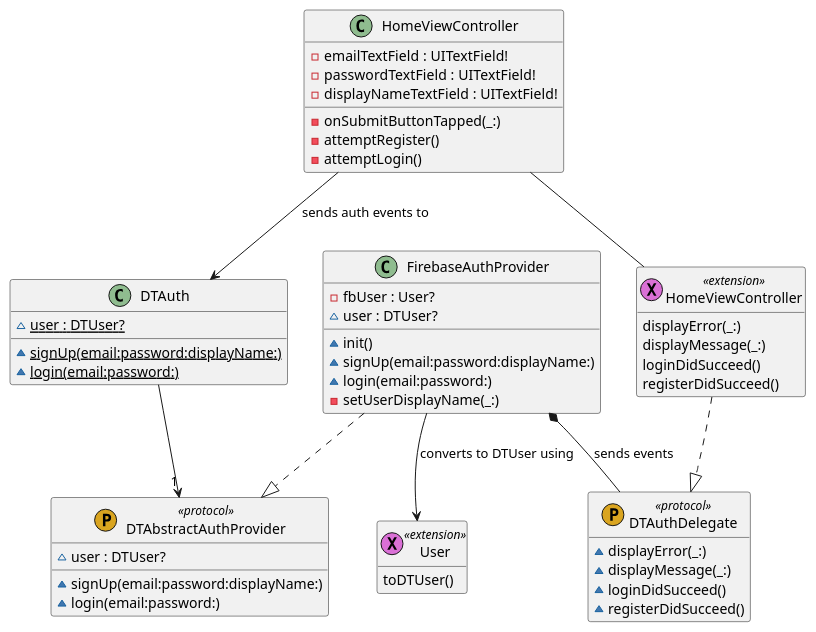
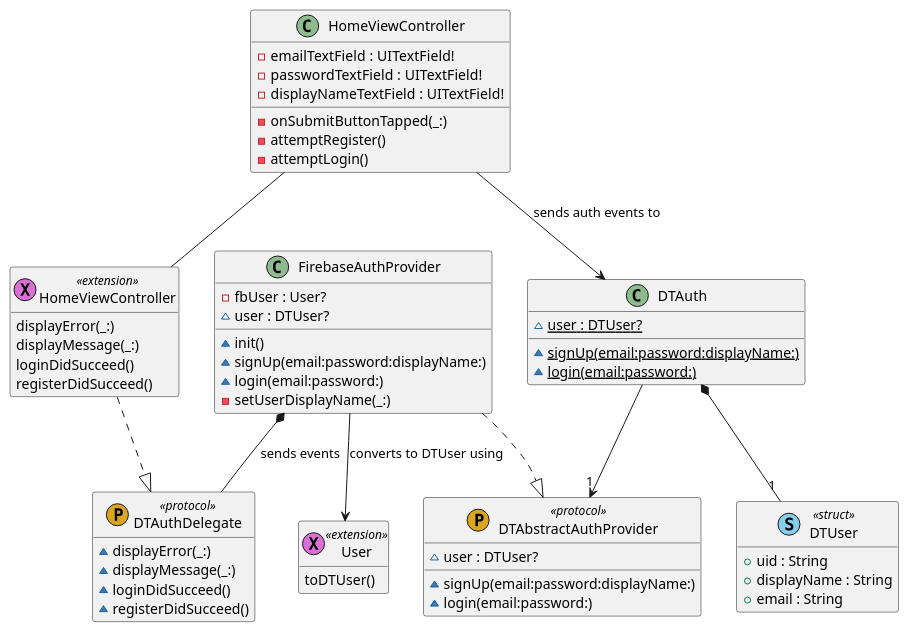
The diagram in diagrams/DTAuth.puml (Doodle2Gather/Doodle2Gather), drawn with PlantUML before and after one commit.

Commit message:
diagrams: Add DTUser struct to DTAuth

```diff
--- a/diagrams/DTAuth.puml
+++ b/diagrams/DTAuth.puml
@@ -1,63 +1,70 @@
 @startuml
 ' STYLE START
 hide empty members
 skinparam shadowing false
 ' STYLE END
 
 class "FirebaseAuthProvider" as FirebaseAuthProvider << (C, DarkSeaGreen) >> { 
   ~init()
   -fbUser : User?
   ~user : DTUser?
   ~signUp(email:password:displayName:)
   ~login(email:password:)
   -setUserDisplayName(_:) 
 }
 
 class "User" as User << (X, Orchid) extension >> { 
   toDTUser() 
+}
+
+class "DTUser" as DTUser << (S, SkyBlue) struct >> { 
+  +uid : String
+  +displayName : String
+  +email : String
 }
 
 class "DTAuthDelegate" as DTAuthDelegate << (P, GoldenRod) protocol >> { 
   ~displayError(_:)
   ~displayMessage(_:)
   ~loginDidSucceed()
   ~registerDidSucceed() 
 }
 
 class "DTAbstractAuthProvider" as DTAbstractAuthProvider << (P, GoldenRod) protocol >> { 
   ~user : DTUser?
   ~signUp(email:password:displayName:)
   ~login(email:password:) 
 }
 
 class "DTAuth" as DTAuth << (C, DarkSeaGreen) >> { 
   ~{static} user : DTUser?
   ~{static} signUp(email:password:displayName:)
   ~{static} login(email:password:) 
 }
 
 class "HomeViewController" as HomeViewController0 << (X, Orchid) extension >> { 
   displayError(_:)
   displayMessage(_:)
   loginDidSucceed()
   registerDidSucceed() 
 }
 
 class "HomeViewController" as HomeViewController << (C, DarkSeaGreen) >> { 
   -emailTextField : UITextField!
   -passwordTextField : UITextField!
   -displayNameTextField : UITextField!
   -onSubmitButtonTapped(_:)
   -attemptRegister()
   -attemptLogin() 
 }
 
 HomeViewController0 ..|> DTAuthDelegate
 HomeViewController --> DTAuth : sends auth events to
 FirebaseAuthProvider *-- DTAuthDelegate : sends events
 FirebaseAuthProvider ..|> DTAbstractAuthProvider
 FirebaseAuthProvider --> User : converts to DTUser using
 DTAuth --> "1" DTAbstractAuthProvider
+DTAuth *-- "1" DTUser
 HomeViewController -- HomeViewController0
 
 @enduml
```
